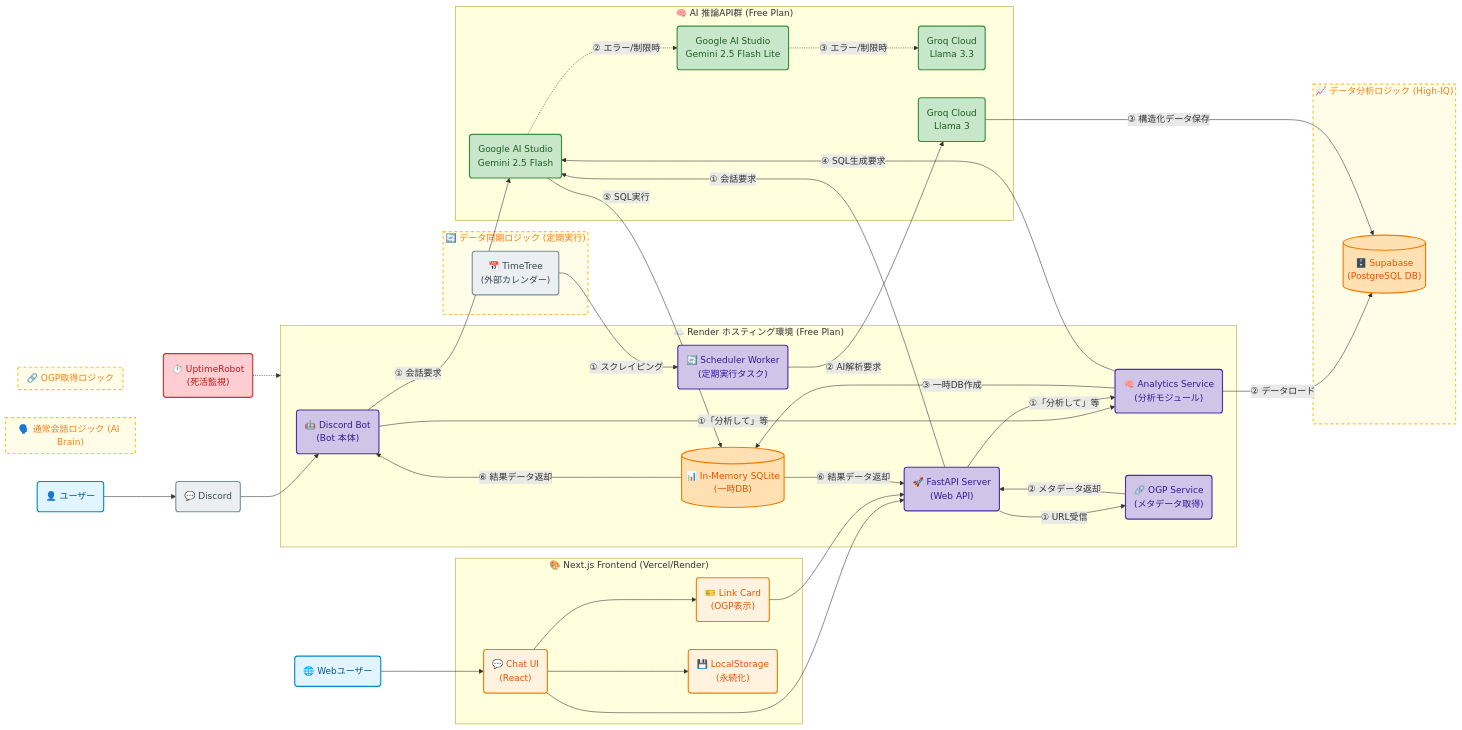
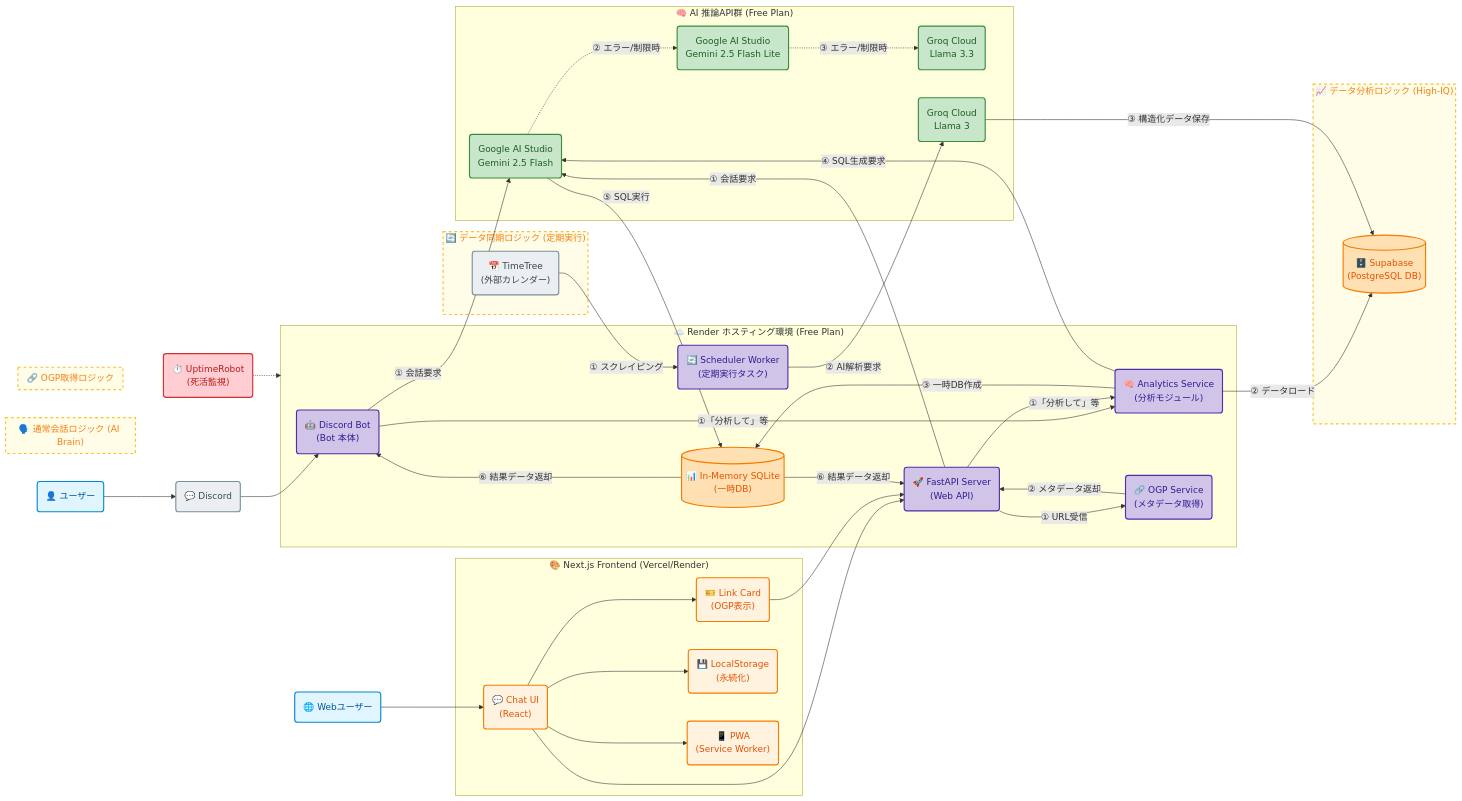
The diagram in docs/SPEC.md (kawada612-bit/ai-mau-bot), drawn with Mermaid before and after one commit. The commit also changed other lines of this file and 9 other files, not shown here.

```diff
--- a/docs/SPEC.md
+++ b/docs/SPEC.md
@@ -39,6 +39,7 @@
         WebUI("💬 Chat UI<br>(React)"):::frontend
         LinkCard("🎫 Link Card<br>(OGP表示)"):::frontend
         LocalStorage("💾 LocalStorage<br>(永続化)"):::frontend
+        PWA("📱 PWA<br>(Service Worker)"):::frontend
     end
 
     %% 外部AIサービス群
@@ -66,6 +67,7 @@
     WebUI --> FastAPI
     WebUI --> LocalStorage
     WebUI --> LinkCard
+    WebUI --> PWA
     LinkCard --> FastAPI
 
     %% === ロジックフロー ===
```
